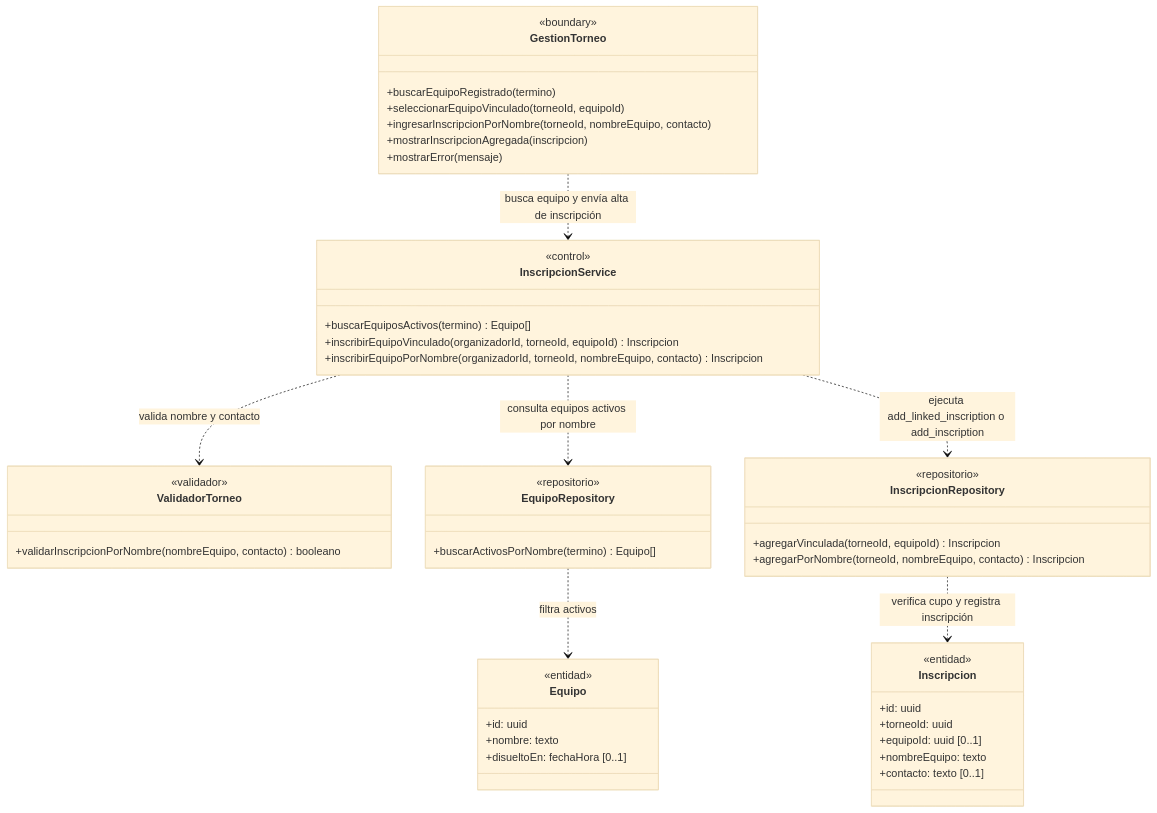
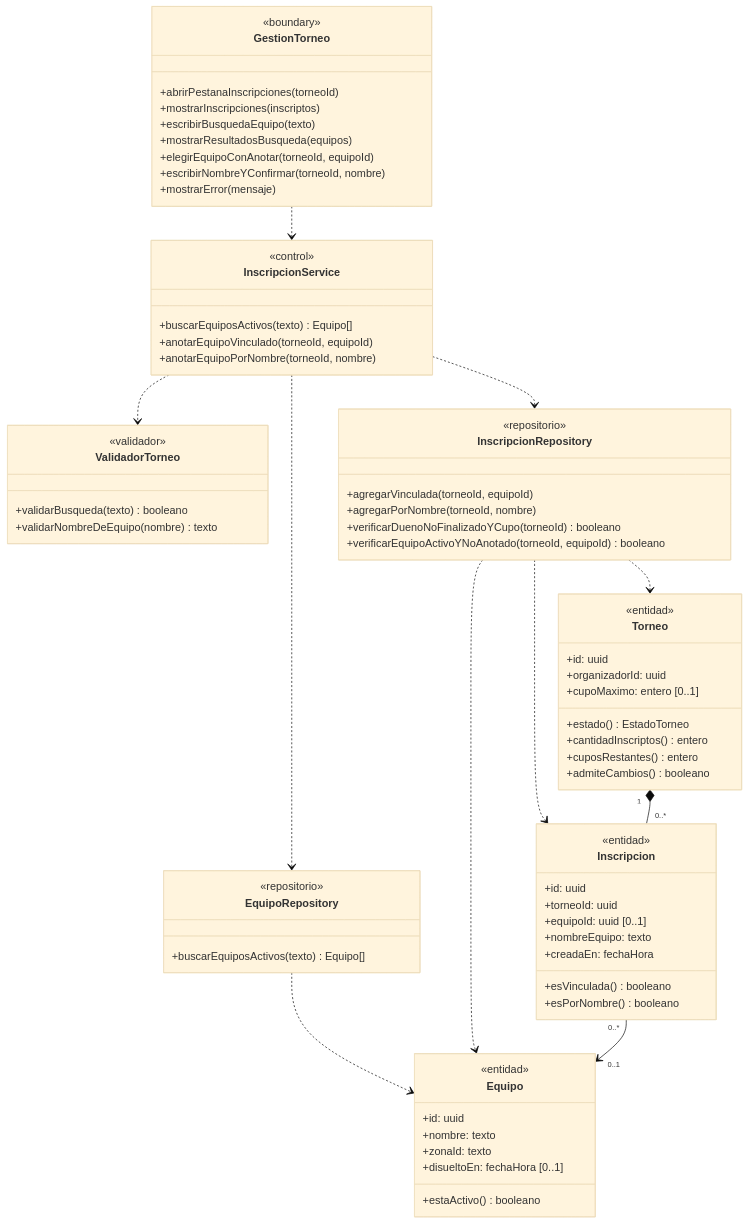
One commit to nicqletal/torneos-scraper changed the seventh of 8 diagrams in docs/diagramas-de-clase/organizador.md. Above: the diagram before and after it, drawn with Mermaid (base theme). The commit also changed other lines of this file and 13 other files, not shown here.

````diff
--- a/docs/diagramas-de-clase/organizador.md
+++ b/docs/diagramas-de-clase/organizador.md
@@ -411,51 +487,73 @@
 ```mermaid
 classDiagram
-direction TB
 class GestionTorneo {
   <<boundary>>
-  +buscarEquipoRegistrado(termino)
-  +seleccionarEquipoVinculado(torneoId, equipoId)
-  +ingresarInscripcionPorNombre(torneoId, nombreEquipo, contacto)
-  +mostrarInscripcionAgregada(inscripcion)
+  +abrirPestanaInscripciones(torneoId)
+  +mostrarInscripciones(inscriptos)
+  +escribirBusquedaEquipo(texto)
+  +mostrarResultadosBusqueda(equipos)
+  +elegirEquipoConAnotar(torneoId, equipoId)
+  +escribirNombreYConfirmar(torneoId, nombre)
   +mostrarError(mensaje)
 }
 class InscripcionService {
   <<control>>
-  +buscarEquiposActivos(termino) Equipo[]
-  +inscribirEquipoVinculado(organizadorId, torneoId, equipoId) Inscripcion
-  +inscribirEquipoPorNombre(organizadorId, torneoId, nombreEquipo, contacto) Inscripcion
+  +buscarEquiposActivos(texto) Equipo[]
+  +anotarEquipoVinculado(torneoId, equipoId)
+  +anotarEquipoPorNombre(torneoId, nombre)
 }
 class ValidadorTorneo {
   <<validador>>
-  +validarInscripcionPorNombre(nombreEquipo, contacto) booleano
+  +validarBusqueda(texto) booleano
+  +validarNombreDeEquipo(nombre) texto
 }
 class EquipoRepository {
   <<repositorio>>
-  +buscarActivosPorNombre(termino) Equipo[]
+  +buscarEquiposActivos(texto) Equipo[]
 }
 class InscripcionRepository {
   <<repositorio>>
-  +agregarVinculada(torneoId, equipoId) Inscripcion
-  +agregarPorNombre(torneoId, nombreEquipo, contacto) Inscripcion
+  +agregarVinculada(torneoId, equipoId)
+  +agregarPorNombre(torneoId, nombre)
+  +verificarDuenoNoFinalizadoYCupo(torneoId) booleano
+  +verificarEquipoActivoYNoAnotado(torneoId, equipoId) booleano
 }
-class Equipo {
+class Torneo {
   <<entidad>>
   +id: uuid
-  +nombre: texto
-  +disueltoEn: fechaHora [0..1]
+  +organizadorId: uuid
+  +cupoMaximo: entero [0..1]
+  +estado() EstadoTorneo
+  +cantidadInscriptos() entero
+  +cuposRestantes() entero
+  +admiteCambios() booleano
 }
 class Inscripcion {
   <<entidad>>
   +id: uuid
   +torneoId: uuid
   +equipoId: uuid [0..1]
   +nombreEquipo: texto
-  +contacto: texto [0..1]
+  +creadaEn: fechaHora
+  +esVinculada() booleano
+  +esPorNombre() booleano
 }
-GestionTorneo ..> InscripcionService : busca equipo y envía alta de inscripción
-InscripcionService ..> EquipoRepository : consulta equipos activos por nombre
-InscripcionService ..> ValidadorTorneo : valida nombre y contacto
-InscripcionService ..> InscripcionRepository : ejecuta add_linked_inscription o add_inscription
-EquipoRepository ..> Equipo : filtra activos
-InscripcionRepository ..> Inscripcion : verifica cupo y registra inscripción
+class Equipo {
+  <<entidad>>
+  +id: uuid
+  +nombre: texto
+  +zonaId: texto
+  +disueltoEn: fechaHora [0..1]
+  +estaActivo() booleano
+}
+GestionTorneo ..> InscripcionService
+InscripcionService ..> ValidadorTorneo
+InscripcionService ..> EquipoRepository
+InscripcionService ..> InscripcionRepository
+EquipoRepository ..> Equipo
+InscripcionRepository ..> Torneo
+InscripcionRepository ..> Inscripcion
+InscripcionRepository ..> Equipo
+Torneo "1" *-- "0..*" Inscripcion
+Inscripcion "0..*" --> "0..1" Equipo
 ```
````
